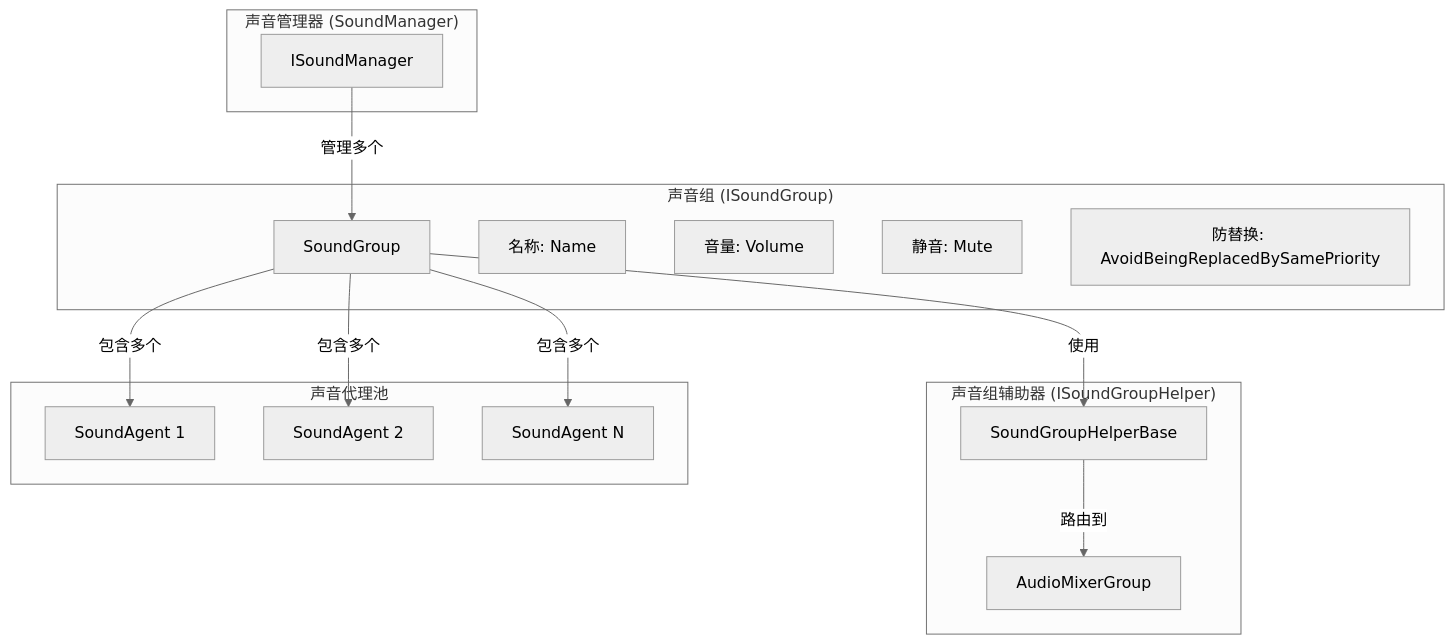
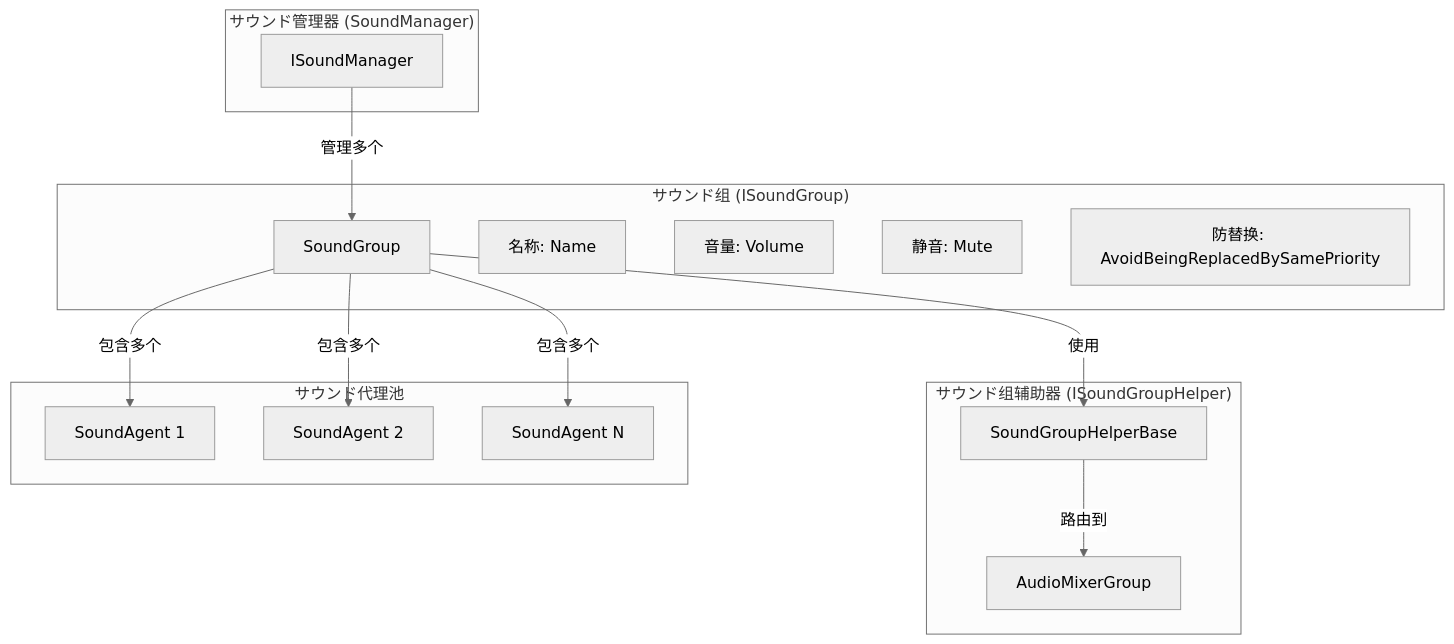
One commit to AlianBlank/GameFrameX.Docs changed the first of 2 diagrams in docs/ja/client/unity/component/sound/06.sound-group.md. Above: the diagram before and after it, drawn with Mermaid (neutral theme). The commit also changed other lines of this file and 603 other files, not shown here.

````diff
--- a/docs/ja/client/unity/component/sound/06.sound-group.md
+++ b/docs/ja/client/unity/component/sound/06.sound-group.md
@@ -18,32 +18,32 @@
 ```mermaid
 flowchart TD
-    subgraph SoundManager["声音管理器 (SoundManager)"]
+    subgraph SoundManager["サウンド管理器 (SoundManager)"]
         SM[ISoundManager]
     end
 
-    subgraph SoundGroup["声音组 (ISoundGroup)"]
+    subgraph SoundGroup["サウンド组 (ISoundGroup)"]
         SG[SoundGroup]
         SG_Name[名称: Name]
         SG_Volume[音量: Volume]
         SG_Mute[静音: Mute]
         SG_Avoid[防替换: AvoidBeingReplacedBySamePriority]
     end
 
-    subgraph SoundGroupHelper["声音组辅助器 (ISoundGroupHelper)"]
+    subgraph SoundGroupHelper["サウンド组辅助器 (ISoundGroupHelper)"]
         SGH[SoundGroupHelperBase]
         AMG[AudioMixerGroup]
     end
 
-    subgraph SoundAgents["声音代理池"]
+    subgraph SoundAgents["サウンド代理池"]
         SA1[SoundAgent 1]
         SA2[SoundAgent 2]
         SA3[SoundAgent N]
     end
 
     SM -->|管理多个| SG
     SG -->|包含多个| SA1
     SG -->|包含多个| SA2
     SG -->|包含多个| SA3
     SG -->|使用| SGH
     SGH -->|路由到| AMG
 ```
````
